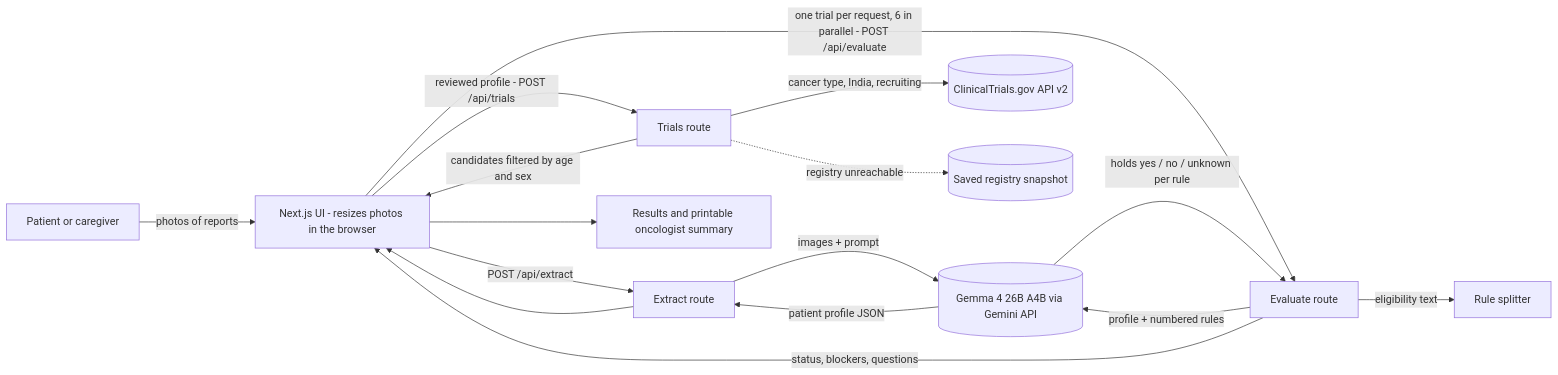
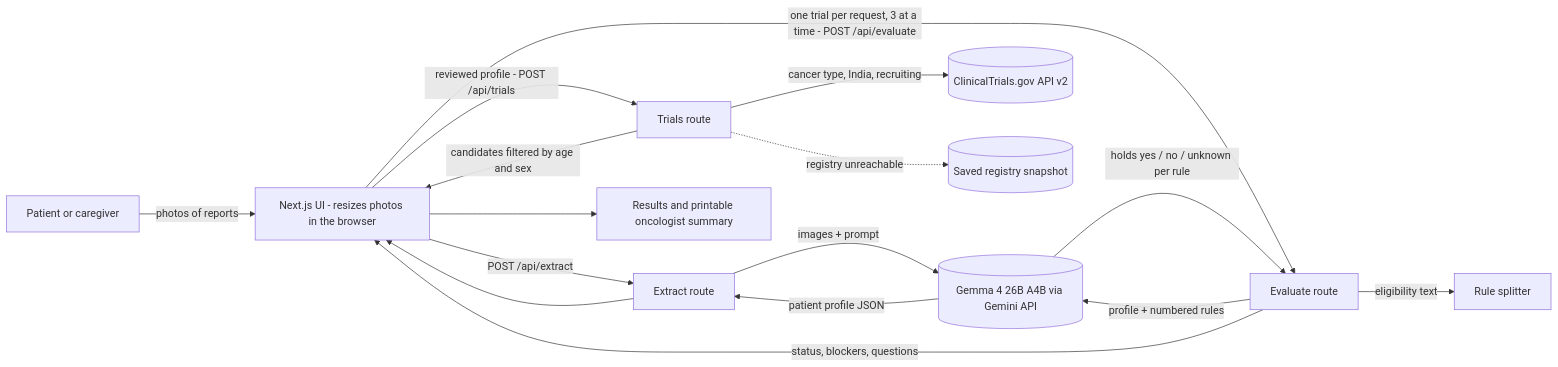
The diagram in README.md (vipinsudhakar/hacktoberfest-hack-day-coimbatore-x-init-club-and-idea-club), drawn with Mermaid before and after one commit. The commit also changed other lines of this file, not shown here.

Commit message:
README: three checks at a time in the diagram; working application verified

````diff
--- a/README.md
+++ b/README.md
@@ -67,18 +67,18 @@
 ```mermaid
 flowchart LR
   U[Patient or caregiver] -->|photos of reports| UI[Next.js UI - resizes photos in the browser]
   UI -->|POST /api/extract| X[Extract route]
   X -->|images + prompt| G[(Gemma 4 26B A4B via Gemini API)]
   G -->|patient profile JSON| X
   X --> UI
   UI -->|reviewed profile - POST /api/trials| T[Trials route]
   T -->|cancer type, India, recruiting| CT[(ClinicalTrials.gov API v2)]
   T -.->|registry unreachable| S[(Saved registry snapshot)]
   T -->|candidates filtered by age and sex| UI
-  UI -->|one trial per request, 6 in parallel - POST /api/evaluate| E[Evaluate route]
+  UI -->|one trial per request, 3 at a time - POST /api/evaluate| E[Evaluate route]
   E -->|eligibility text| R[Rule splitter]
   E -->|profile + numbered rules| G
   G -->|holds yes / no / unknown per rule| E
   E -->|status, blockers, questions| UI
   UI --> P[Results and printable oncologist summary]
 ```
````
